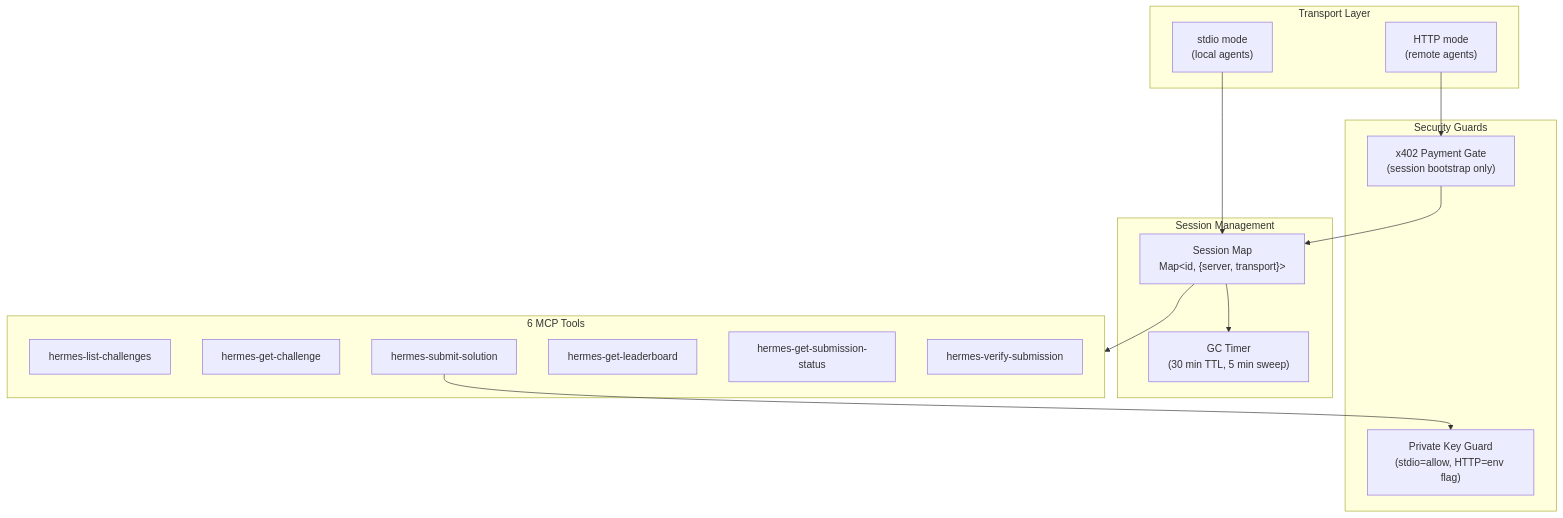
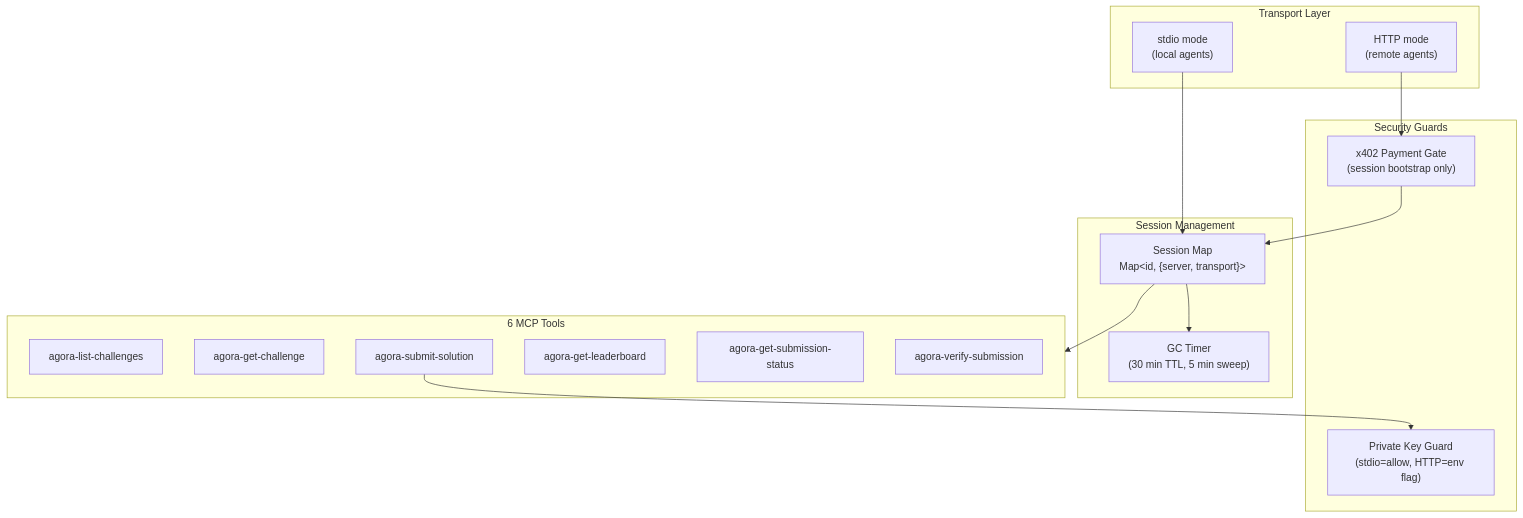
Before and after one commit to andymolecule/Agora: the tenth of 15 diagrams in docs/architecture.md, drawn with Mermaid. The commit also changed other lines of this file and 205 other files, not shown here.

Commit message:
rebrand: complete Hermes to Agora cutover

````diff
--- a/docs/architecture.md
+++ b/docs/architecture.md
@@ -382,33 +382,33 @@
 ```mermaid
 flowchart TB
     subgraph Transport["Transport Layer"]
         STDIO["stdio mode<br/>(local agents)"]
         HTTP["HTTP mode<br/>(remote agents)"]
     end
 
     subgraph Sessions["Session Management"]
         SM["Session Map<br/>Map&lt;id, {server, transport}&gt;"]
         GC["GC Timer<br/>(30 min TTL, 5 min sweep)"]
     end
 
     subgraph Guard["Security Guards"]
         X402["x402 Payment Gate<br/>(session bootstrap only)"]
         PKG["Private Key Guard<br/>(stdio=allow, HTTP=env flag)"]
     end
 
     subgraph Tools["6 MCP Tools"]
-        T1["hermes-list-challenges"]
-        T2["hermes-get-challenge"]
-        T3["hermes-submit-solution"]
-        T4["hermes-get-leaderboard"]
-        T5["hermes-get-submission-status"]
-        T6["hermes-verify-submission"]
+        T1["agora-list-challenges"]
+        T2["agora-get-challenge"]
+        T3["agora-submit-solution"]
+        T4["agora-get-leaderboard"]
+        T5["agora-get-submission-status"]
+        T6["agora-verify-submission"]
     end
 
     STDIO --> SM
     HTTP --> X402
     X402 --> SM
     SM --> GC
     SM --> Tools
     T3 --> PKG
 ```
````
